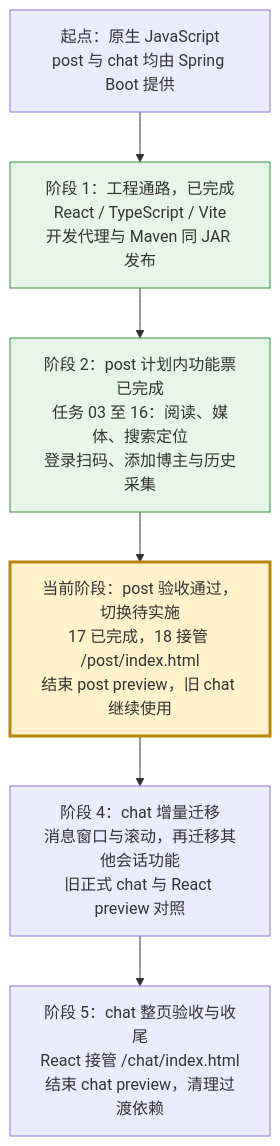
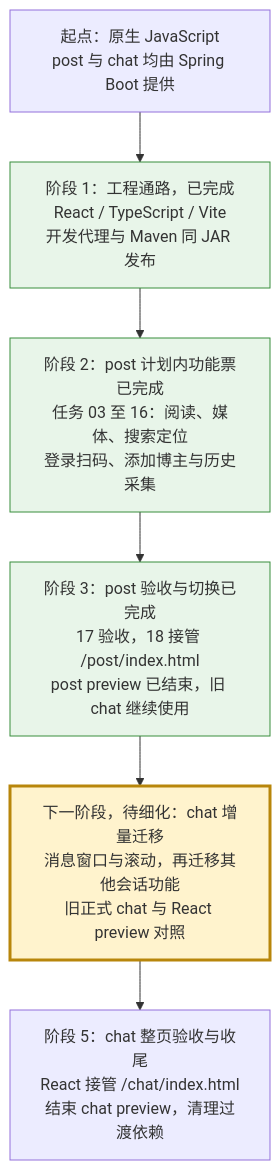
Before and after one commit to findxyz/vb-weibo-plus: the diagram in .scratch/react-migration/PLAN.md, drawn with Mermaid. The commit also changed other lines of this file and 2 other files, not shown here.

Commit message:
docs: close React post migration and record formal release acceptance

````diff
--- a/.scratch/react-migration/PLAN.md
+++ b/.scratch/react-migration/PLAN.md
@@ -15,14 +15,14 @@
 ```mermaid
 flowchart TD
     A["起点：原生 JavaScript<br/>post 与 chat 均由 Spring Boot 提供"]
     B["阶段 1：工程通路，已完成<br/>React / TypeScript / Vite<br/>开发代理与 Maven 同 JAR 发布"]
     C["阶段 2：post 计划内功能票已完成<br/>任务 03 至 16：阅读、媒体、搜索定位<br/>登录扫码、添加博主与历史采集"]
-    D["当前阶段：post 验收通过，切换待实施<br/>17 已完成，18 接管 /post/index.html<br/>结束 post preview，旧 chat 继续使用"]
-    E["阶段 4：chat 增量迁移<br/>消息窗口与滚动，再迁移其他会话功能<br/>旧正式 chat 与 React preview 对照"]
+    D["阶段 3：post 验收与切换已完成<br/>17 验收，18 接管 /post/index.html<br/>post preview 已结束，旧 chat 继续使用"]
+    E["下一阶段，待细化：chat 增量迁移<br/>消息窗口与滚动，再迁移其他会话功能<br/>旧正式 chat 与 React preview 对照"]
     F["阶段 5：chat 整页验收与收尾<br/>React 接管 /chat/index.html<br/>结束 chat preview，清理过渡依赖"]
     A --> B --> C --> D --> E --> F
     classDef complete fill:#e8f5e9,stroke:#388e3c
     classDef current fill:#fff3cd,stroke:#b8860b,stroke-width:3px
-    class B,C complete
-    class D current
+    class B,C,D complete
+    class E current
 ```
````
